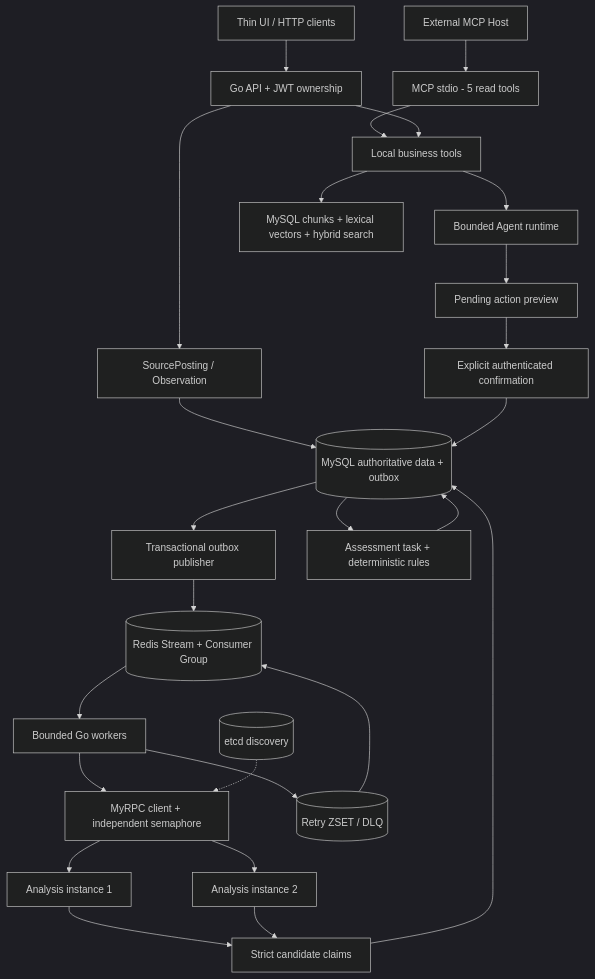
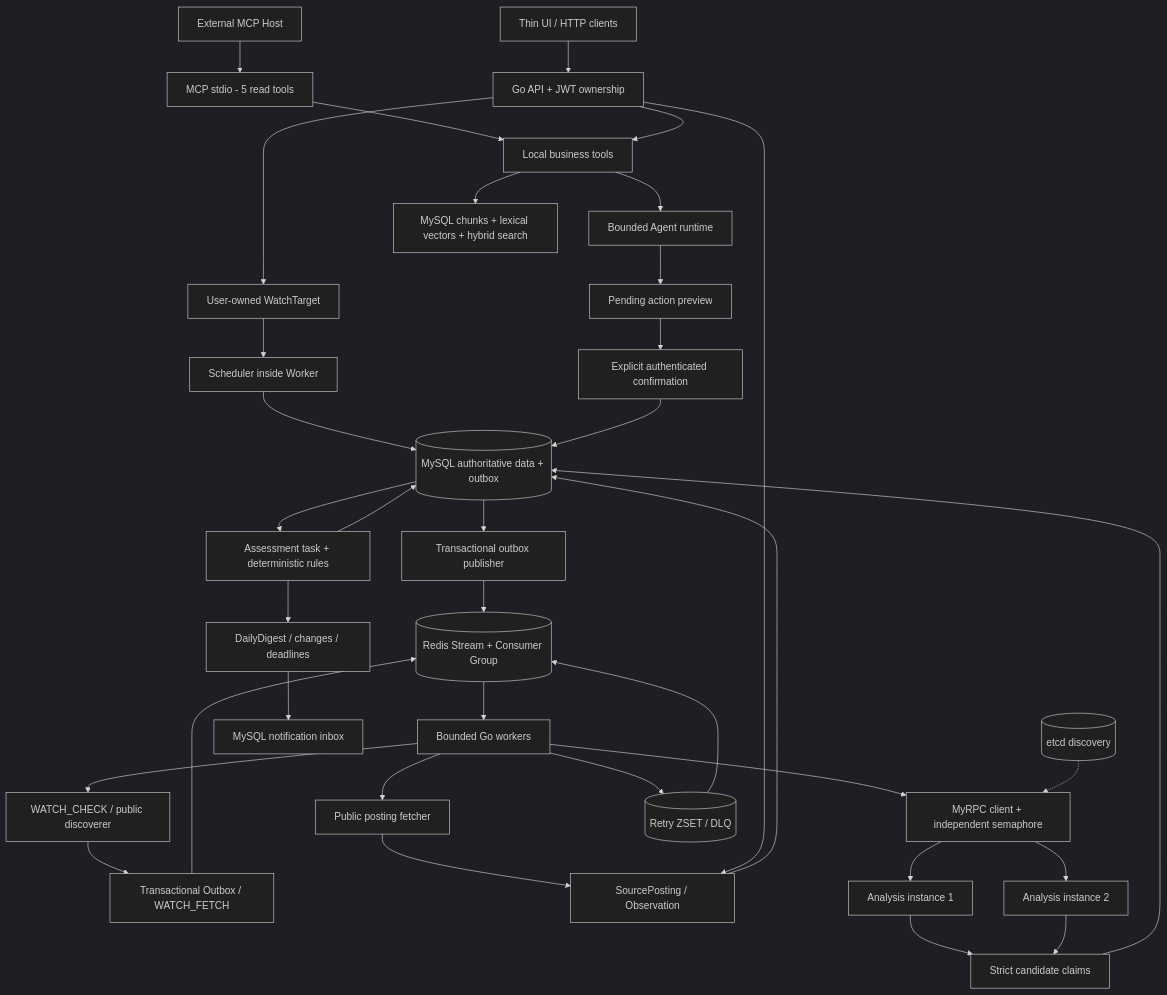
Before and after one commit to KanaDoodle/CampusTrace: the diagram in README_EN.md, drawn with Mermaid (dark theme). The commit also changed other lines of this file and 41 other files, not shown here.

Commit message:
feat: add Job Radar source monitoring and daily workflow

````diff
--- a/README_EN.md
+++ b/README_EN.md
@@ -21,28 +33,38 @@
 ```mermaid
 flowchart TD
   UI[Thin UI / HTTP clients] --> API[Go API + JWT ownership]
   Host[External MCP Host] --> MCP[MCP stdio - 5 read tools]
   MCP --> Local[Local business tools]
   API --> Local
-  API --> O[SourcePosting / Observation]
+  API --> Watch[User-owned WatchTarget]
+  Watch --> Scheduler[Scheduler inside Worker]
+  Scheduler --> DB
+  Worker --> Discover[WATCH_CHECK / public discoverer]
+  Discover --> Fanout[Transactional Outbox / WATCH_FETCH]
+  Fanout --> Stream
+  Worker --> Fetch[Public posting fetcher]
+  Fetch --> O[SourcePosting / Observation]
+  API --> O
+  Assessment --> Radar[DailyDigest / changes / deadlines]
+  Radar --> Inbox[MySQL notification inbox]
   O --> DB[(MySQL authoritative data + outbox)]
   DB --> Publisher[Transactional outbox publisher]
   Publisher --> Stream[(Redis Stream + Consumer Group)]
   Stream --> Worker[Bounded Go workers]
   Worker --> RPC[MyRPC client + independent semaphore]
   RPC --> A1[Analysis instance 1]
   RPC --> A2[Analysis instance 2]
   Etcd[(etcd discovery)] -.-> RPC
   A1 --> Claims[Strict candidate claims]
   A2 --> Claims
   Claims --> DB
   DB --> Assessment[Assessment task + deterministic rules]
   Assessment --> DB
   Worker --> Retry[(Retry ZSET / DLQ)]
   Retry --> Stream
   Local --> Agent[Bounded Agent runtime]
   Agent --> Pending[Pending action preview]
   Pending --> Confirm[Explicit authenticated confirmation]
   Confirm --> DB
   Local --> RAG[MySQL chunks + lexical vectors + hybrid search]
 ```
````
